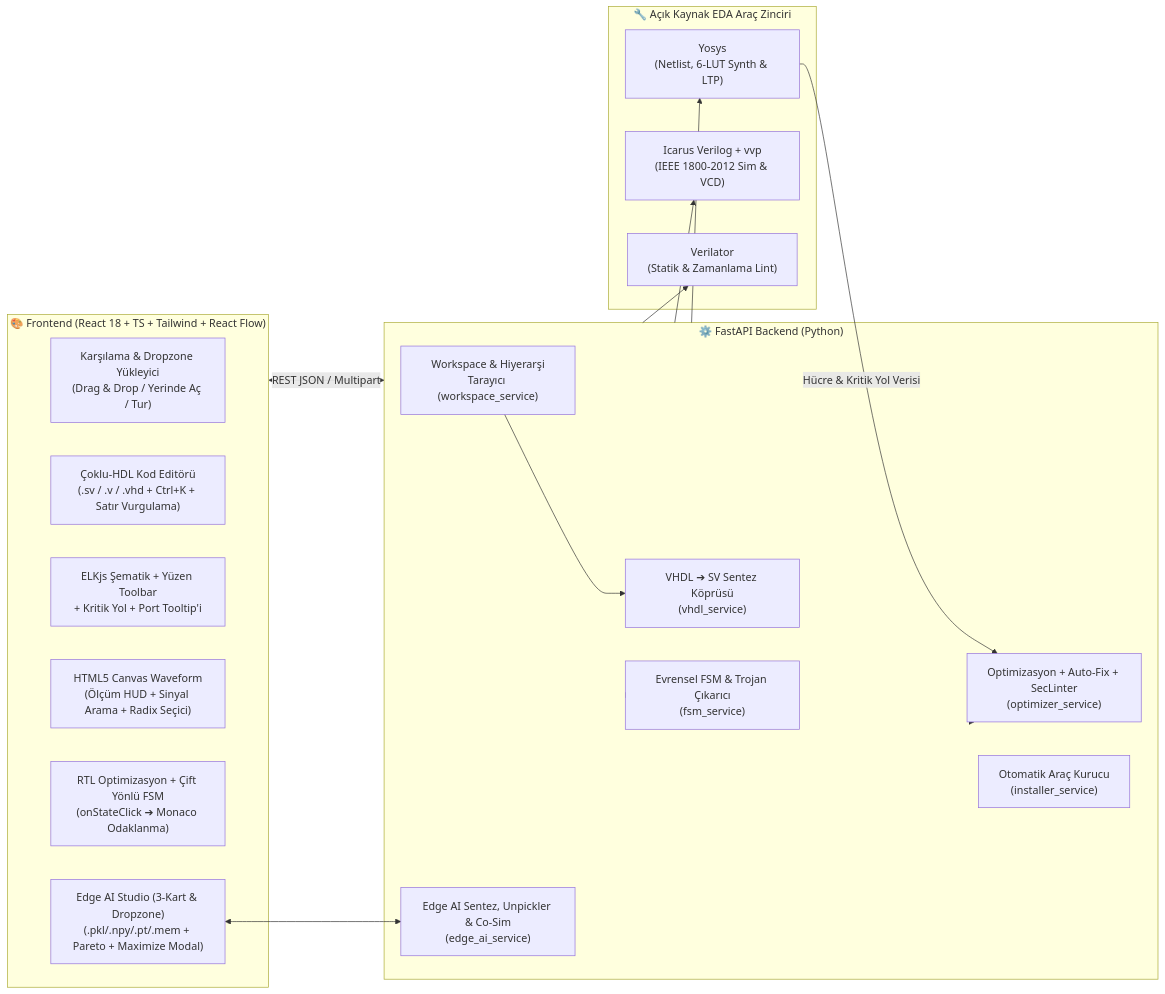
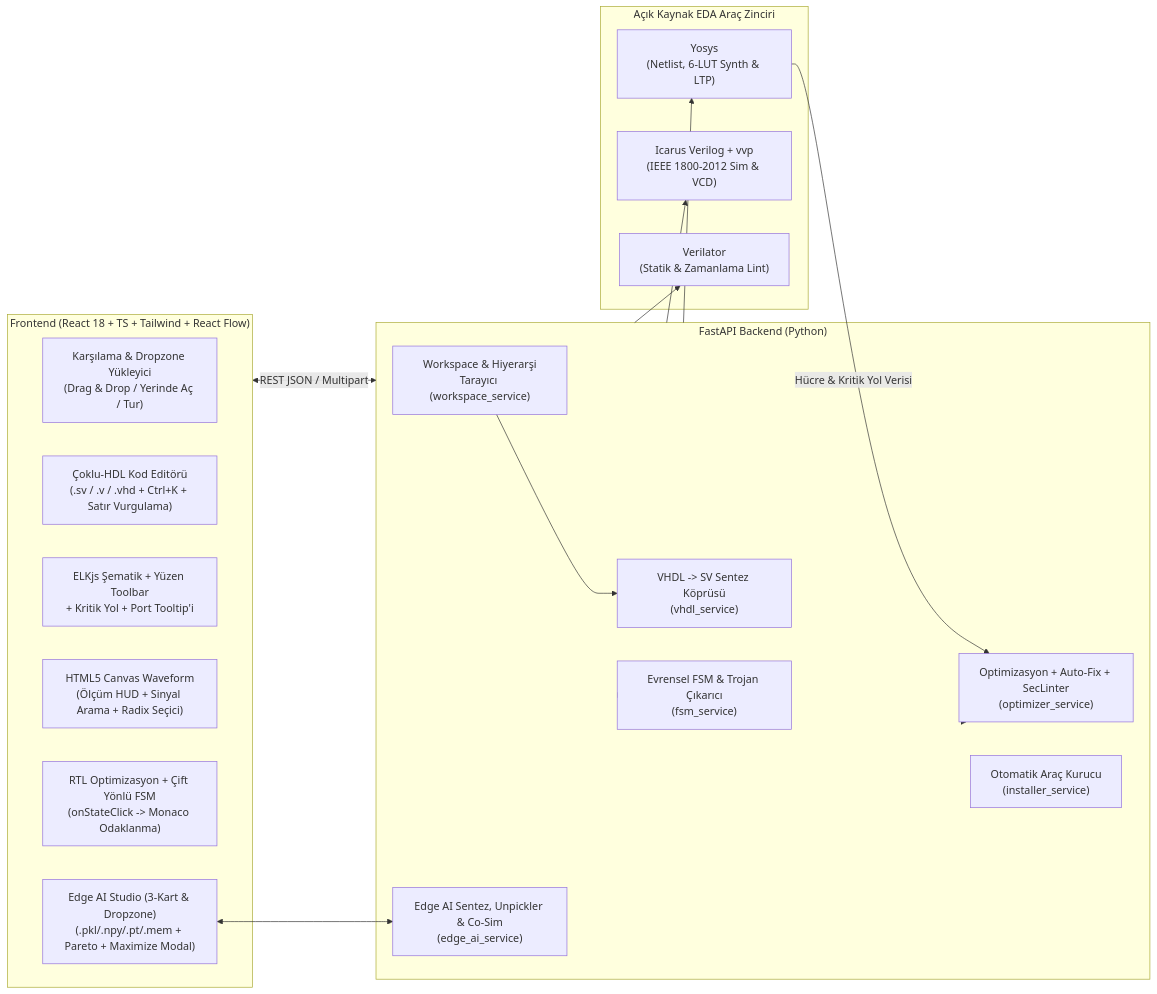
The diagram in README.md (YigitEXP/CircuitVR), drawn with Mermaid before and after one commit. The commit also changed other lines of this file and 16 other files, not shown here.

Commit message:
refactor(ux): align architecture, ui, i18n, zero-states and docs with engineering manifesto

````diff
--- a/README.md
+++ b/README.md
@@ -73,33 +73,33 @@
 ```mermaid
 flowchart LR
-    subgraph UI["🎨 Frontend (React 18 + TS + Tailwind + React Flow)"]
+    subgraph UI["Frontend (React 18 + TS + Tailwind + React Flow)"]
         W["Karşılama & Dropzone Yükleyici\n(Drag & Drop / Yerinde Aç / Tur)"]
         E["Çoklu-HDL Kod Editörü\n(.sv / .v / .vhd + Ctrl+K + Satır Vurgulama)"]
         S["ELKjs Şematik + Yüzen Toolbar\n+ Kritik Yol + Port Tooltip'i"]
         V["HTML5 Canvas Waveform\n(Ölçüm HUD + Sinyal Arama + Radix Seçici)"]
-        A["RTL Optimizasyon + Çift Yönlü FSM\n(onStateClick ➔ Monaco Odaklanma)"]
+        A["RTL Optimizasyon + Çift Yönlü FSM\n(onStateClick -> Monaco Odaklanma)"]
         AI["Edge AI Studio (3-Kart & Dropzone)\n(.pkl/.npy/.pt/.mem + Pareto + Maximize Modal)"]
     end
 
-    subgraph API["⚙️ FastAPI Backend (Python)"]
+    subgraph API["FastAPI Backend (Python)"]
         WS["Workspace & Hiyerarşi\nTarayıcı (workspace_service)"]
-        VH["VHDL ➔ SV Sentez Köprüsü\n(vhdl_service)"]
+        VH["VHDL -> SV Sentez Köprüsü\n(vhdl_service)"]
         OP["Optimizasyon + Auto-Fix + SecLinter\n(optimizer_service)"]
         FS["Evrensel FSM & Trojan Çıkarıcı\n(fsm_service)"]
         EA["Edge AI Sentez, Unpickler & Co-Sim\n(edge_ai_service)"]
         IN["Otomatik Araç Kurucu\n(installer_service)"]
     end
 
-    subgraph EDA["🔧 Açık Kaynak EDA Araç Zinciri"]
+    subgraph EDA["Açık Kaynak EDA Araç Zinciri"]
         YO["Yosys\n(Netlist, 6-LUT Synth & LTP)"]
         IV["Icarus Verilog + vvp\n(IEEE 1800-2012 Sim & VCD)"]
         VL["Verilator\n(Statik & Zamanlama Lint)"]
     end
 
     UI <-->|REST JSON / Multipart| API
     WS --> VH
     AI <--> EA
     API --> FS & OP
     API --> YO & IV & VL
     YO -->|Hücre & Kritik Yol Verisi| OP
 ```
````
